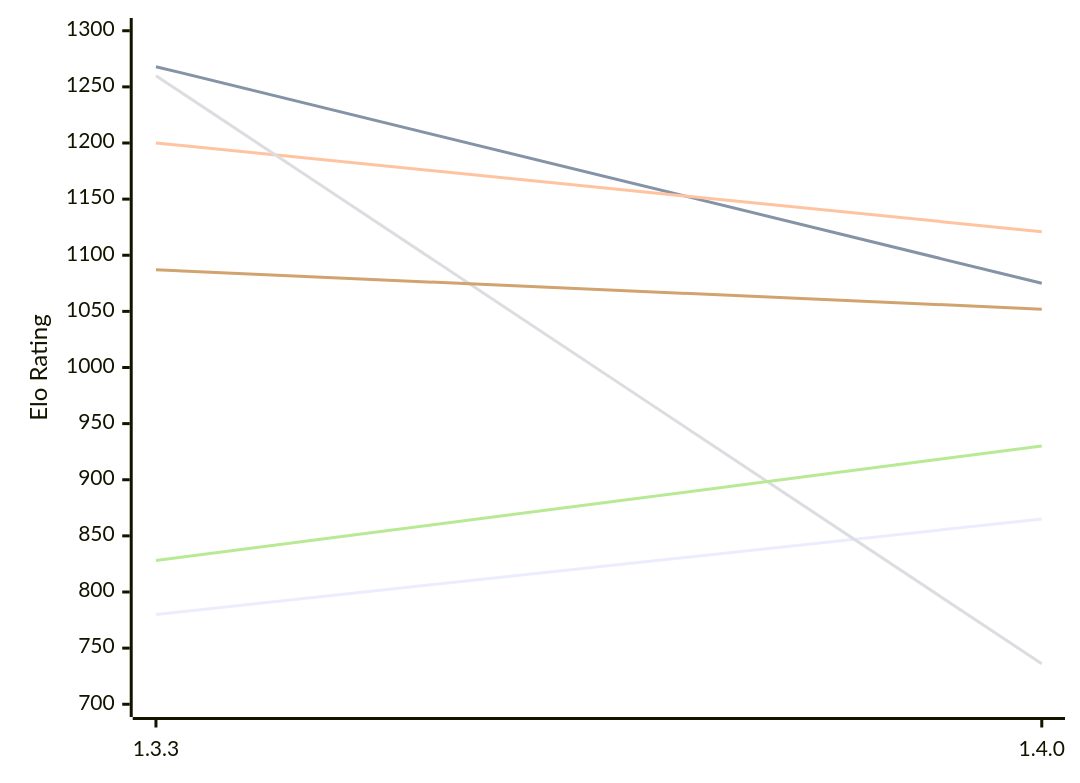
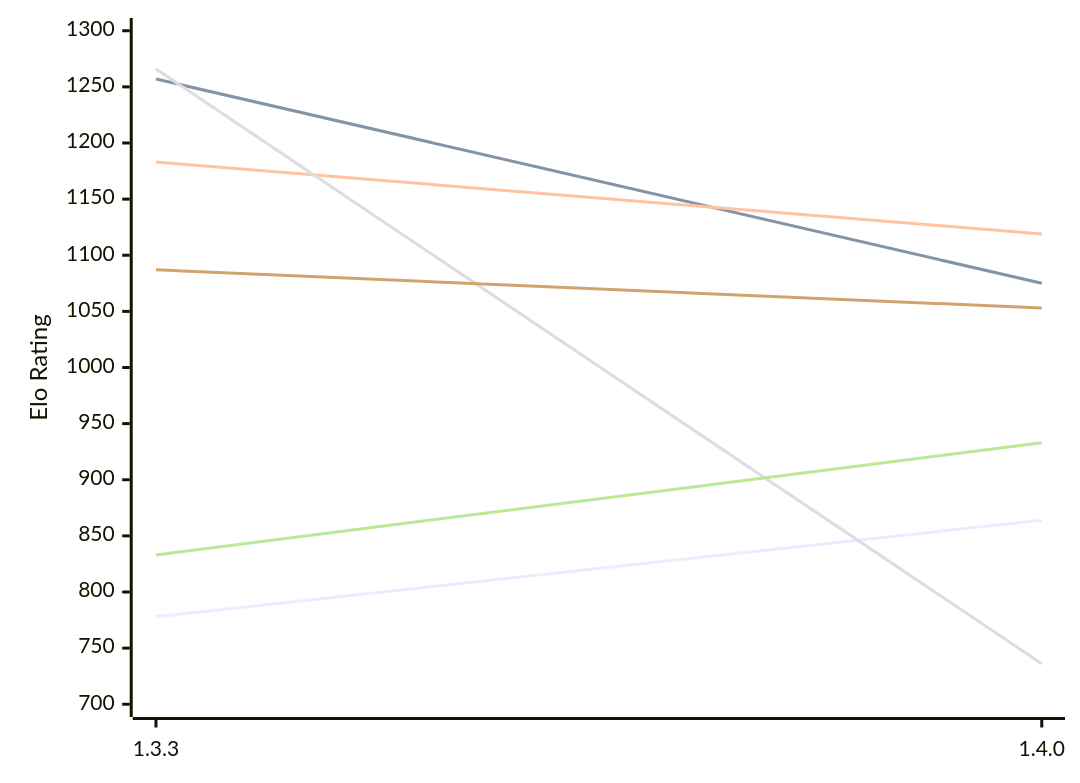
Before and after one commit to computer-chess-index/cci: the first of 2 diagrams in engines/Whitespine.md, drawn with Mermaid. The commit also changed other lines of this file, not shown here.

Commit message:
Update CCI Ratings (ELO VLTC) - 2026-11-17

````diff
--- a/engines/Whitespine.md
+++ b/engines/Whitespine.md
@@ -51,12 +51,12 @@
 ```mermaid
 %%{init: {"theme":"base","themeVariables":{"seriesColors:['#a3a3a3','#222221','#faa371']}}}%%
 xychart-beta
   x-axis ["1.3.3", "1.4.0"]
   y-axis "Elo Rating" 700 --> 1300
-  line "E1: STC (8.0+0.08s)" [780, 865]
-  line "E1: LTC (60.0+0.60s)" [1268, 1075]
-  line "E1: VLTC (2m24s+1.12s)" [1200, 1121]
-  line "P1: STC (8.0+0.08s)" [1260, 736]
-  line "P1: LTC (60.0+0.60s)" [828, 930]
-  line "P1: VLTC (2m24s+1.12s)" [1087, 1052]
+  line "E1: STC (8.0+0.08s)" [778, 864]
+  line "E1: LTC (60.0+0.60s)" [1257, 1075]
+  line "E1: VLTC (2m24s+1.12s)" [1183, 1119]
+  line "P1: STC (8.0+0.08s)" [1266, 736]
+  line "P1: LTC (60.0+0.60s)" [833, 933]
+  line "P1: VLTC (2m24s+1.12s)" [1087, 1053]
 ```
````
